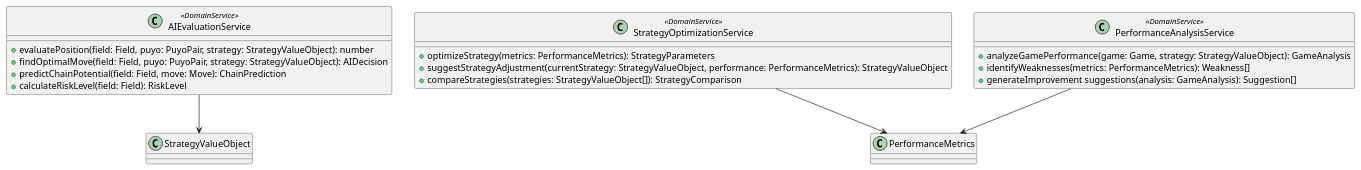
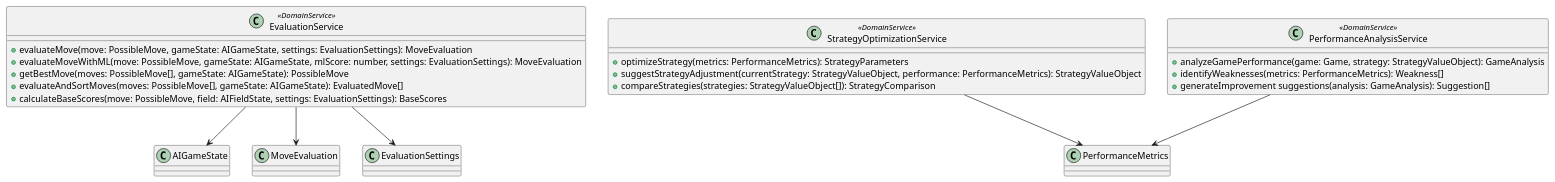
Before and after one commit to k2works/case-study-game-dev: diagram 15 of 15 in docs/design/ドメインモデル設計.md, drawn with PlantUML. The commit also changed other lines of this file and 6 other files, not shown here.

````diff
--- a/docs/design/ドメインモデル設計.md
+++ b/docs/design/ドメインモデル設計.md
@@ -755,26 +899,29 @@
 ```plantuml
 @startuml "AIドメインサービス"
-class AIEvaluationService <<DomainService>> {
-  +evaluatePosition(field: Field, puyo: PuyoPair, strategy: StrategyValueObject): number
-  +findOptimalMove(field: Field, puyo: PuyoPair, strategy: StrategyValueObject): AIDecision
-  +predictChainPotential(field: Field, move: Move): ChainPrediction
-  +calculateRiskLevel(field: Field): RiskLevel
+class EvaluationService <<DomainService>> {
+  +evaluateMove(move: PossibleMove, gameState: AIGameState, settings: EvaluationSettings): MoveEvaluation
+  +evaluateMoveWithML(move: PossibleMove, gameState: AIGameState, mlScore: number, settings: EvaluationSettings): MoveEvaluation
+  +getBestMove(moves: PossibleMove[], gameState: AIGameState): PossibleMove
+  +evaluateAndSortMoves(moves: PossibleMove[], gameState: AIGameState): EvaluatedMove[]
+  +calculateBaseScores(move: PossibleMove, field: AIFieldState, settings: EvaluationSettings): BaseScores
 }
 
 class StrategyOptimizationService <<DomainService>> {
   +optimizeStrategy(metrics: PerformanceMetrics): StrategyParameters
   +suggestStrategyAdjustment(currentStrategy: StrategyValueObject, performance: PerformanceMetrics): StrategyValueObject
   +compareStrategies(strategies: StrategyValueObject[]): StrategyComparison
 }
 
 class PerformanceAnalysisService <<DomainService>> {
   +analyzeGamePerformance(game: Game, strategy: StrategyValueObject): GameAnalysis
   +identifyWeaknesses(metrics: PerformanceMetrics): Weakness[]
   +generateImprovement suggestions(analysis: GameAnalysis): Suggestion[]
 }
 
-AIEvaluationService --> StrategyValueObject
+EvaluationService --> AIGameState
+EvaluationService --> MoveEvaluation
+EvaluationService --> EvaluationSettings
 StrategyOptimizationService --> PerformanceMetrics
 PerformanceAnalysisService --> PerformanceMetrics
 @enduml
 ```
````
